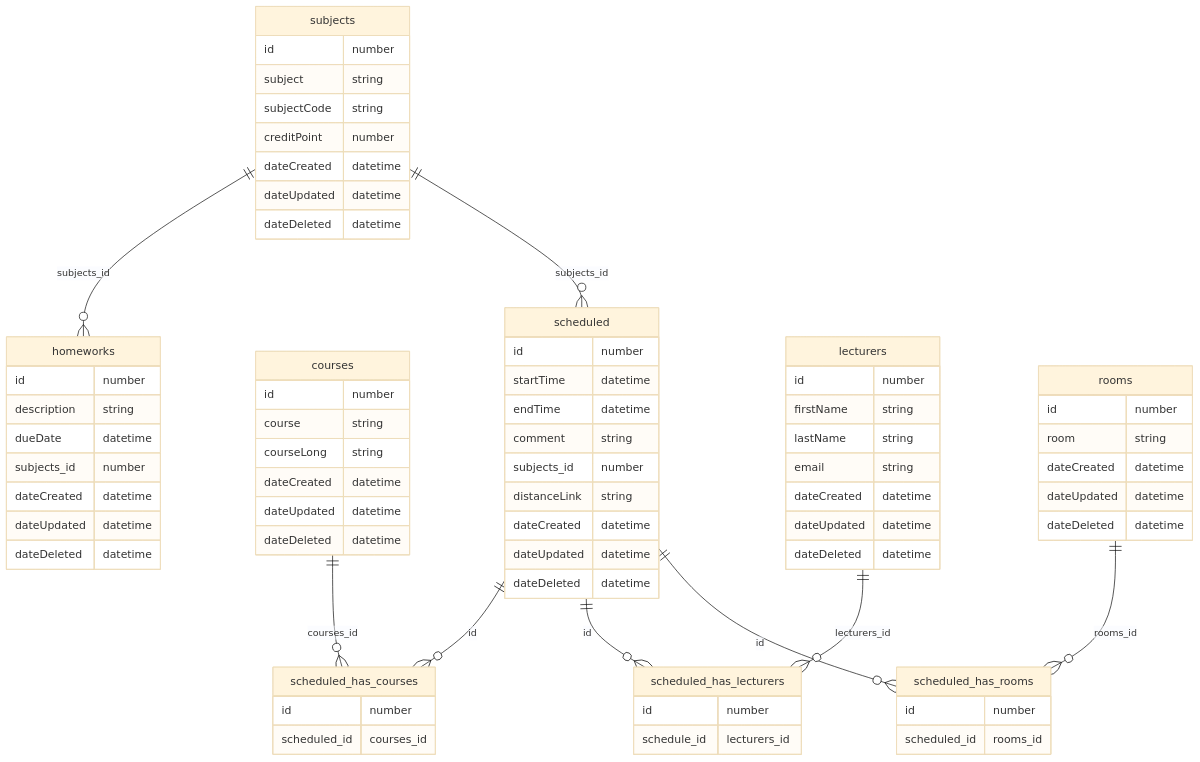
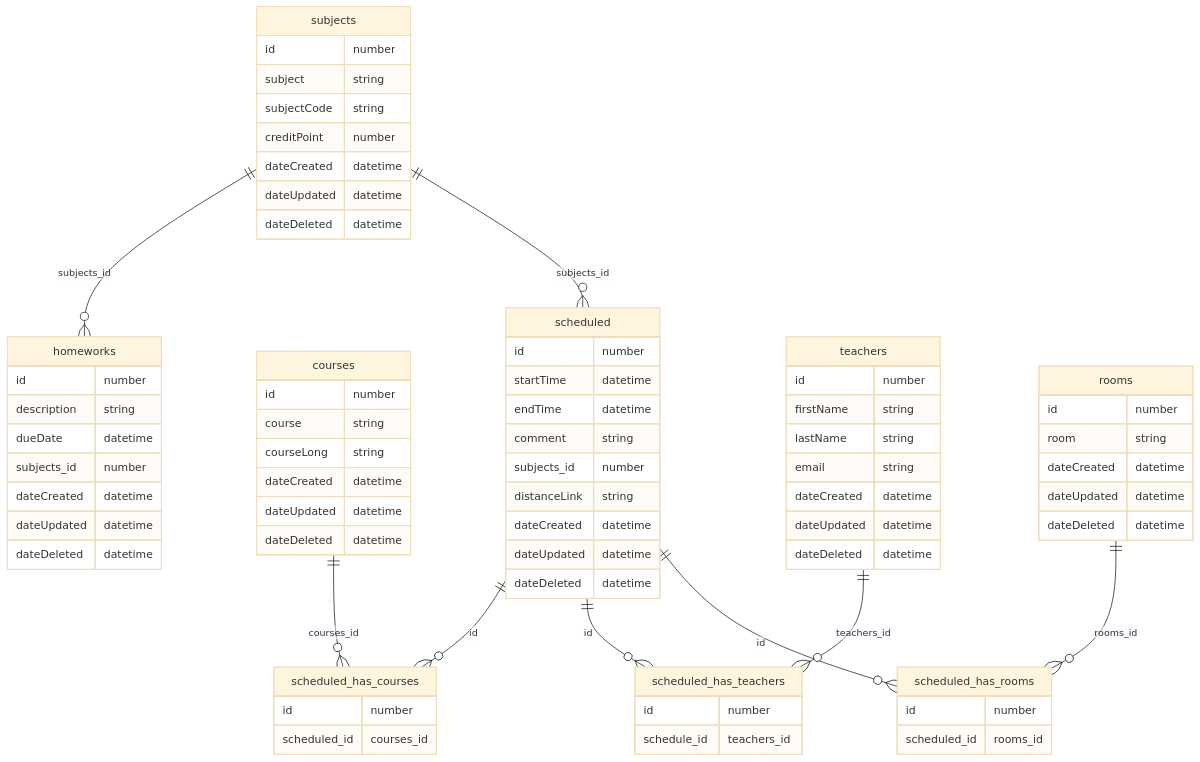
The diagram in api-docs/readme.md (valpar/greenframe_tunniplaan), drawn with Mermaid (base theme) before and after one commit. The commit also changed other lines of this file and 21 other files, not shown here.

Commit message:
lecturers-into-teachers

````diff
--- a/api-docs/readme.md
+++ b/api-docs/readme.md
@@ -2,7 +2,7 @@
 ```mermaid
 erDiagram
     scheduled ||--o{scheduled_has_courses:id
-    scheduled ||--o{scheduled_has_lecturers:id
+    scheduled ||--o{scheduled_has_teachers:id
     scheduled ||--o{scheduled_has_rooms:id
    scheduled
    scheduled {
@@ -39,9 +39,9 @@
         dateDeleted datetime
         
     }
-    lecturers ||--o{scheduled_has_lecturers:lecturers_id
-    lecturers
-    lecturers {
+    teachers ||--o{scheduled_has_teachers:teachers_id
+    teachers
+    teachers {
         id number
         firstName string
         lastName string
@@ -82,11 +82,11 @@
         scheduled_id
         rooms_id
         }
-    scheduled_has_lecturers
-    scheduled_has_lecturers{
+    scheduled_has_teachers
+    scheduled_has_teachers{
         id number
         schedule_id
-        lecturers_id
+        teachers_id
         }
         
 
````
